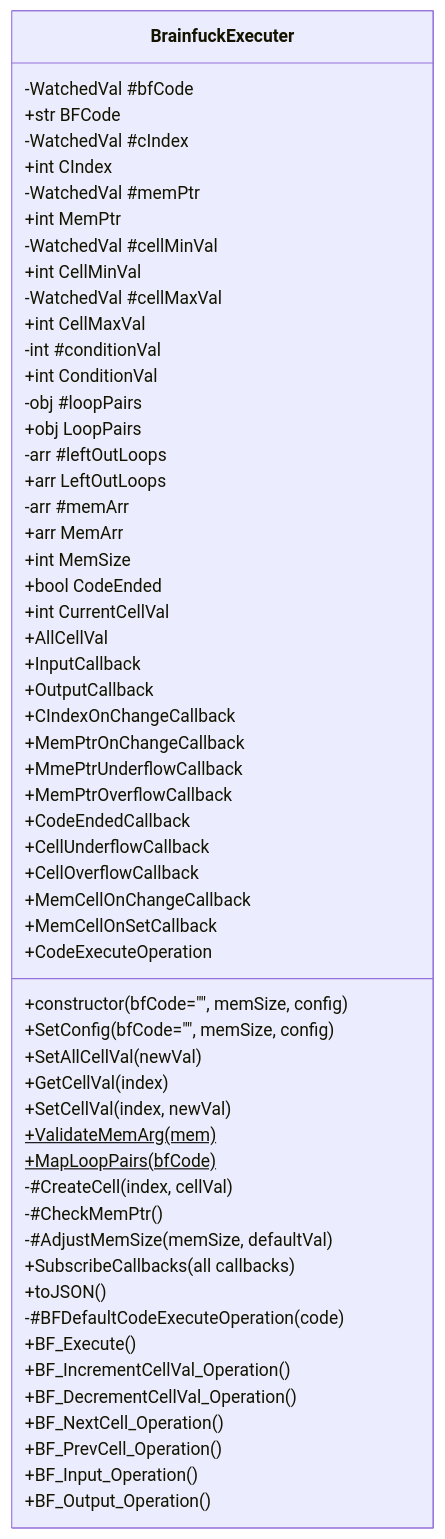
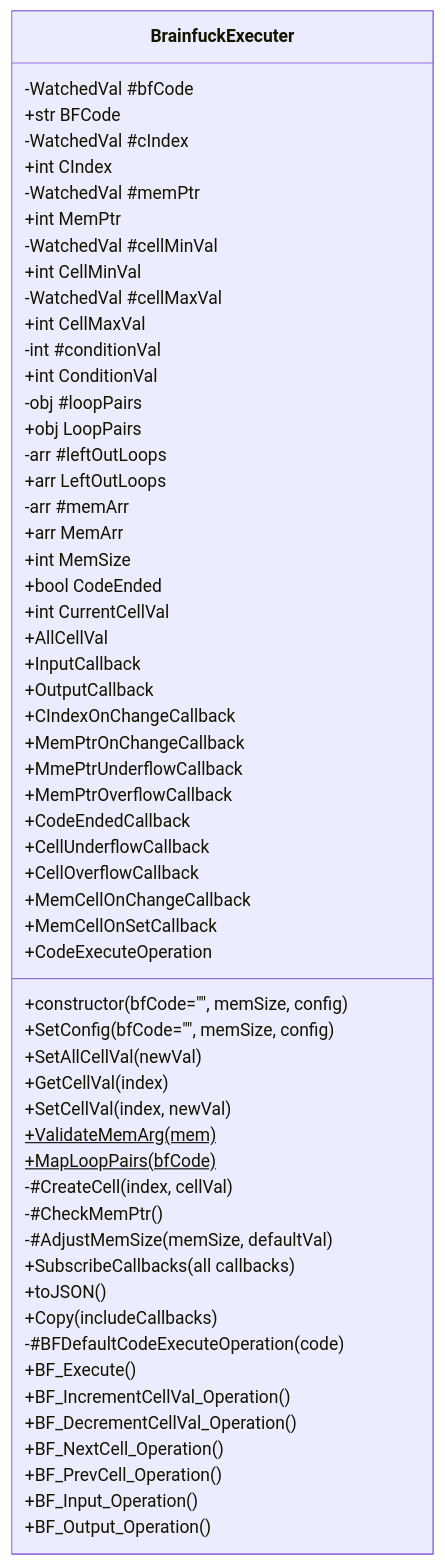
One commit to BCS21090011/BrainFucker changed the first of 44 diagrams in Classes_Info/BrainfuckExecuter.md. Above: the diagram before and after it, drawn with Mermaid. The commit also changed other lines of this file and 1 other file, not shown here.

Commit message:
Added method to copy BrainfuckExecuter object.

````diff
--- a/Classes_Info/BrainfuckExecuter.md
+++ b/Classes_Info/BrainfuckExecuter.md
@@ -5,65 +5,66 @@
 ```mermaid
 classDiagram
 
 class BrainfuckExecuter {
     -WatchedVal #bfCode
     +str BFCode
     -WatchedVal #cIndex
     +int CIndex
     -WatchedVal #memPtr
     +int MemPtr
     -WatchedVal #cellMinVal
     +int CellMinVal
     -WatchedVal #cellMaxVal
     +int CellMaxVal
 
     -int #conditionVal
     +int ConditionVal
     -obj #loopPairs
     +obj LoopPairs
     -arr #leftOutLoops
     +arr LeftOutLoops
     -arr #memArr
     +arr MemArr
 
     +int MemSize
     +bool CodeEnded
     +int CurrentCellVal
     +AllCellVal
 
     +InputCallback
     +OutputCallback
     +CIndexOnChangeCallback
     +MemPtrOnChangeCallback
     +MmePtrUnderflowCallback
     +MemPtrOverflowCallback
     +CodeEndedCallback
     +CellUnderflowCallback
     +CellOverflowCallback
     +MemCellOnChangeCallback
     +MemCellOnSetCallback
     +CodeExecuteOperation
 
     +constructor(bfCode="", memSize, config)
     +SetConfig(bfCode="", memSize, config)
     +SetAllCellVal(newVal)
     +GetCellVal(index)
     +SetCellVal(index, newVal)
     +ValidateMemArg(mem)$
     +MapLoopPairs(bfCode)$
     -#CreateCell(index, cellVal)
     -#CheckMemPtr()
     -#AdjustMemSize(memSize, defaultVal)
     +SubscribeCallbacks(all callbacks)
     +toJSON()
+    +Copy(includeCallbacks)
 
     -#BFDefaultCodeExecuteOperation(code)
     +BF_Execute()
     +BF_IncrementCellVal_Operation()
     +BF_DecrementCellVal_Operation()
     +BF_NextCell_Operation()
     +BF_PrevCell_Operation()
     +BF_Input_Operation()
     +BF_Output_Operation()
 }
 ```
````
